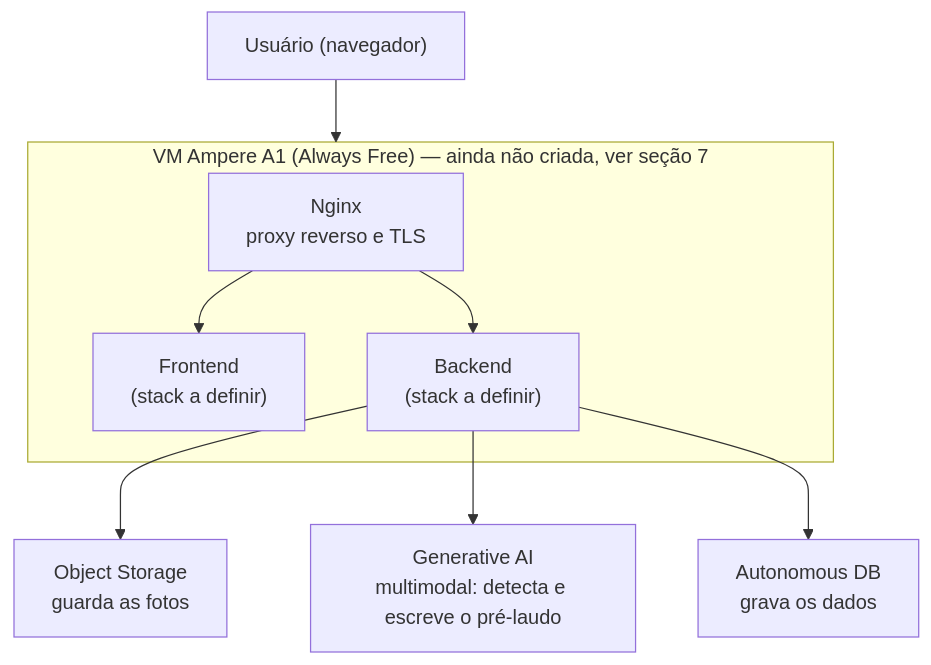
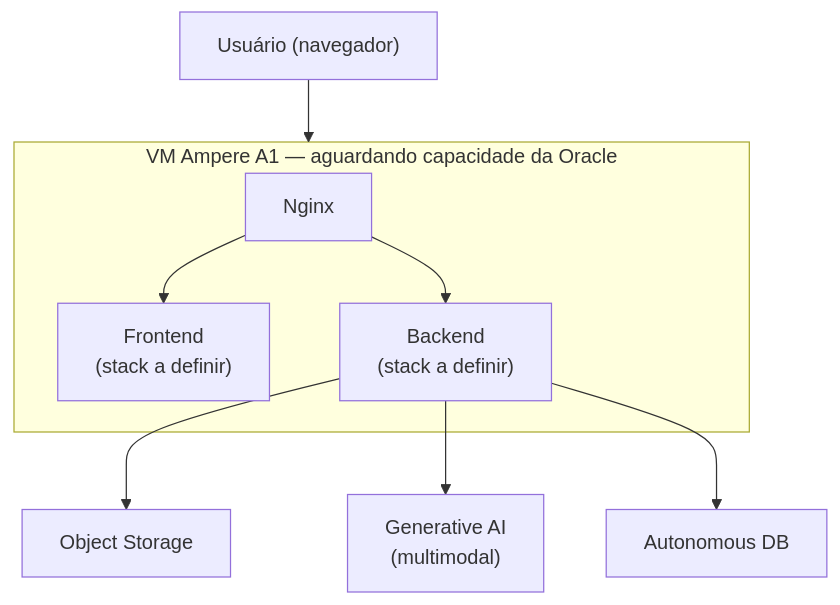
The first of 3 diagrams in README.md (IA-Vistoria/vistoria-mvp), drawn with Mermaid before and after one commit. The commit also changed other lines of this file, not shown here.

````diff
--- a/README.md
+++ b/README.md
@@ -99,16 +59,16 @@
 ```mermaid
 flowchart TD
     User["Usuário (navegador)"] --> VMBox
 
-    subgraph VMBox["VM Ampere A1 (Always Free) — ainda não criada, ver seção 7"]
-        Nginx["Nginx<br/>proxy reverso e TLS"]
+    subgraph VMBox["VM Ampere A1 — aguardando capacidade da Oracle"]
+        Nginx["Nginx"]
         Frontend["Frontend<br/>(stack a definir)"]
         Backend["Backend<br/>(stack a definir)"]
         Nginx --> Frontend
         Nginx --> Backend
     end
 
-    Backend --> ObjStorage["Object Storage<br/>guarda as fotos"]
-    Backend --> GenAI["Generative AI<br/>multimodal: detecta e escreve o pré-laudo"]
-    Backend --> ADB["Autonomous DB<br/>grava os dados"]
+    Backend --> ObjStorage["Object Storage"]
+    Backend --> GenAI["Generative AI<br/>(multimodal)"]
+    Backend --> ADB["Autonomous DB"]
 ```
````
